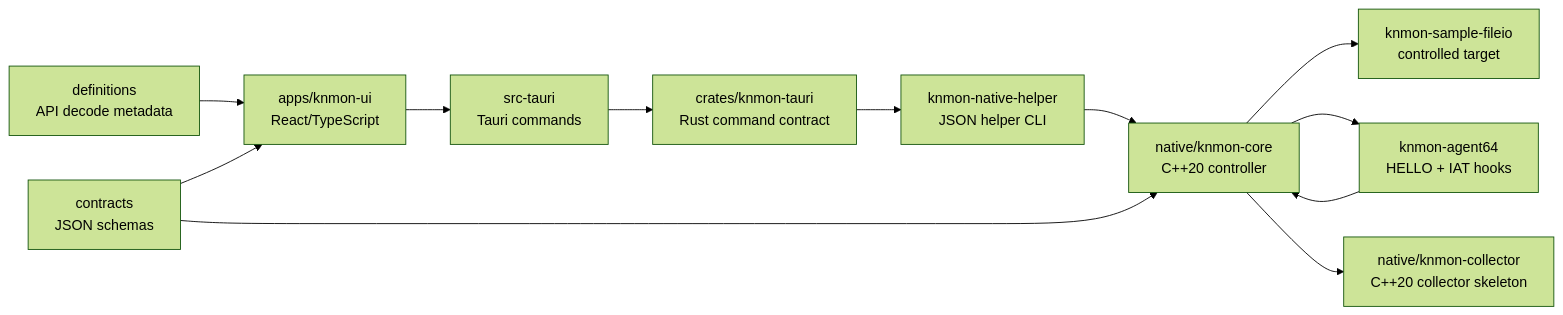
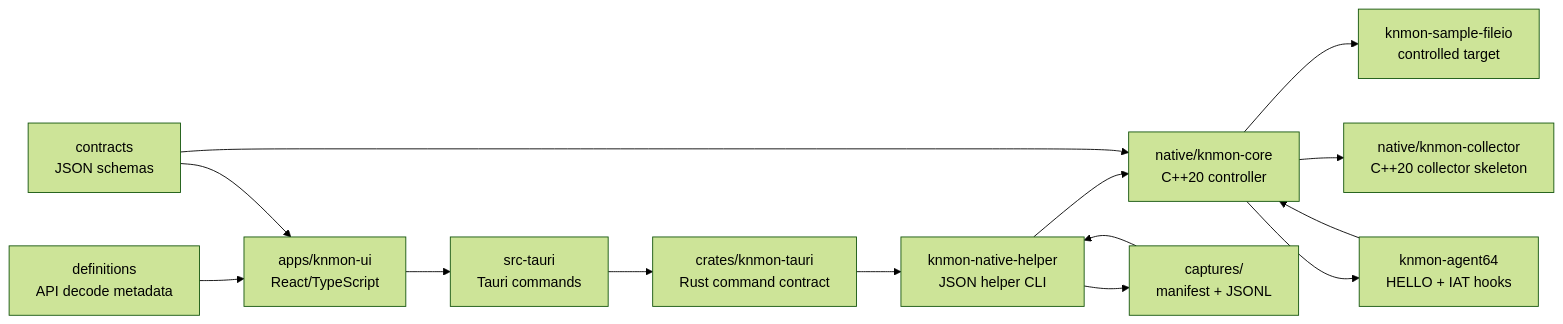
One commit to kernullist/KnWin32ApiMonitor changed the diagram in docs/architecture.md. Above: the diagram before and after it, drawn with Mermaid (forest theme). The commit also changed other lines of this file and 27 other files, not shown here.

````diff
--- a/docs/architecture.md
+++ b/docs/architecture.md
@@ -13,25 +13,28 @@
 ```mermaid
 flowchart LR
     UI["apps/knmon-ui<br/>React/TypeScript"]
     TAURI["src-tauri<br/>Tauri commands"]
     RUST["crates/knmon-tauri<br/>Rust command contract"]
     CORE["native/knmon-core<br/>C++20 controller"]
     COL["native/knmon-collector<br/>C++20 collector skeleton"]
     HELPER["knmon-native-helper<br/>JSON helper CLI"]
     SAMPLE["knmon-sample-fileio<br/>controlled target"]
     AGENT["knmon-agent64<br/>HELLO + IAT hooks"]
+    SESSION["captures/<br/>manifest + JSONL"]
     DEF["definitions<br/>API decode metadata"]
     CONTRACT["contracts<br/>JSON schemas"]
 
     UI --> TAURI
     TAURI --> RUST
     RUST --> HELPER
     HELPER --> CORE
     CORE --> SAMPLE
     CORE --> AGENT
     AGENT --> CORE
     CORE --> COL
+    HELPER --> SESSION
+    SESSION --> HELPER
     DEF --> UI
     CONTRACT --> UI
     CONTRACT --> CORE
 ```
````
